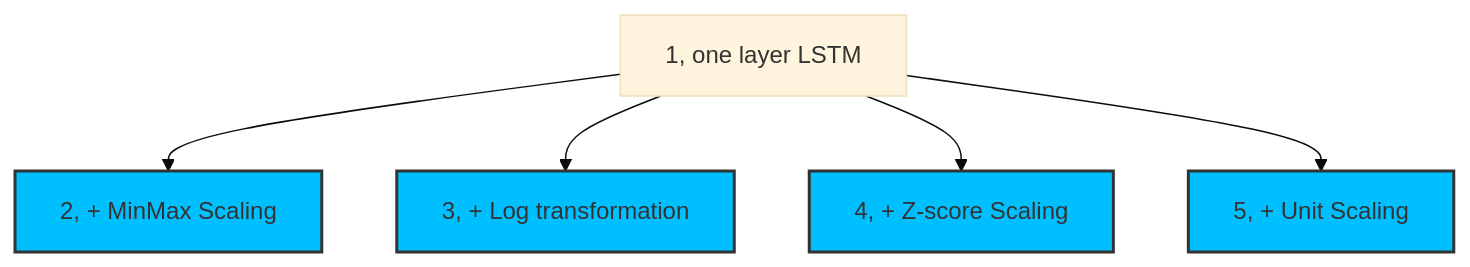
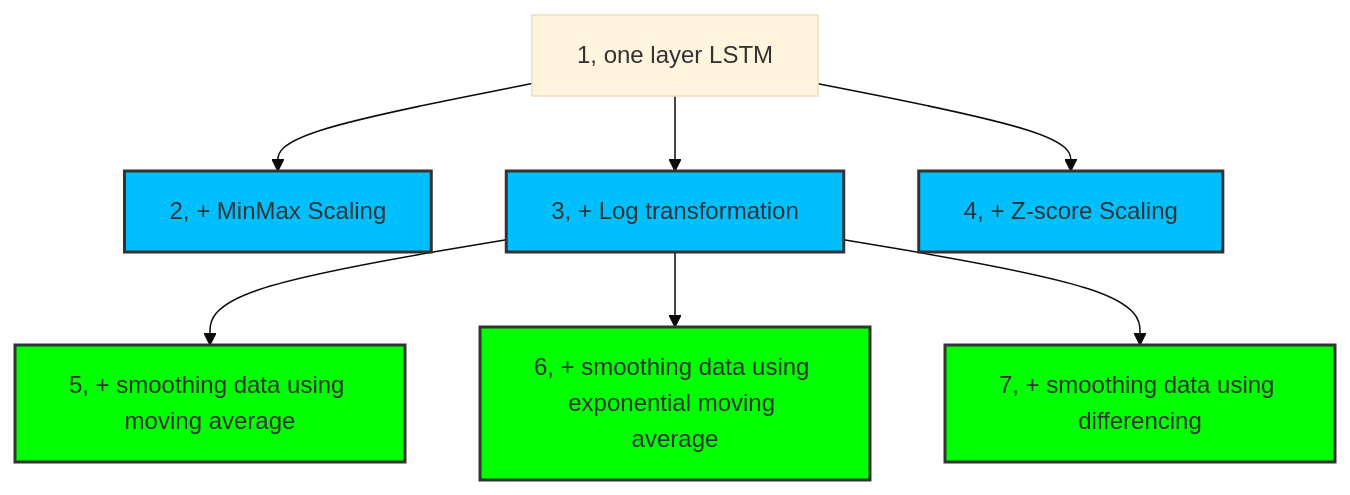
One commit to zihaozeng0021/currency-exchange-rate-forecasting changed the diagram in src/models/LSTM/LSTM_classifier/experiment_hierarchy.md. Above: the diagram before and after it, drawn with Mermaid (base theme). The commit also changed 5 other files, not shown here.

Commit message:
Start experiments on data smoothing

````diff
--- a/src/models/LSTM/LSTM_classifier/experiment_hierarchy.md
+++ b/src/models/LSTM/LSTM_classifier/experiment_hierarchy.md
@@ -1,13 +1,17 @@
 ```mermaid
 graph TD
     1[1, one layer LSTM] --> 2[2, + MinMax Scaling]
     1 --> 3[3, + Log transformation]
     1 --> 4[4, + Z-score Scaling]
-    1 --> 5[5, + Unit Scaling]
-    
+    3 --> 5[5, + smoothing data using moving average]
+    3 --> 6[6, + smoothing data using exponential moving average]
+    3 --> 7[7, + smoothing data using differencing]    
     
     
     classDef brightBlue fill:#00BFFF,stroke:#333,stroke-width:2px;
-    class 2,3,4,5 brightBlue;
+    class 2,3,4 brightBlue;
+    
+    classDef brightGreen fill:#00FF00,stroke:#333,stroke-width:2px;
+    class 5,6,7 brightGreen;
     
 ```
````
